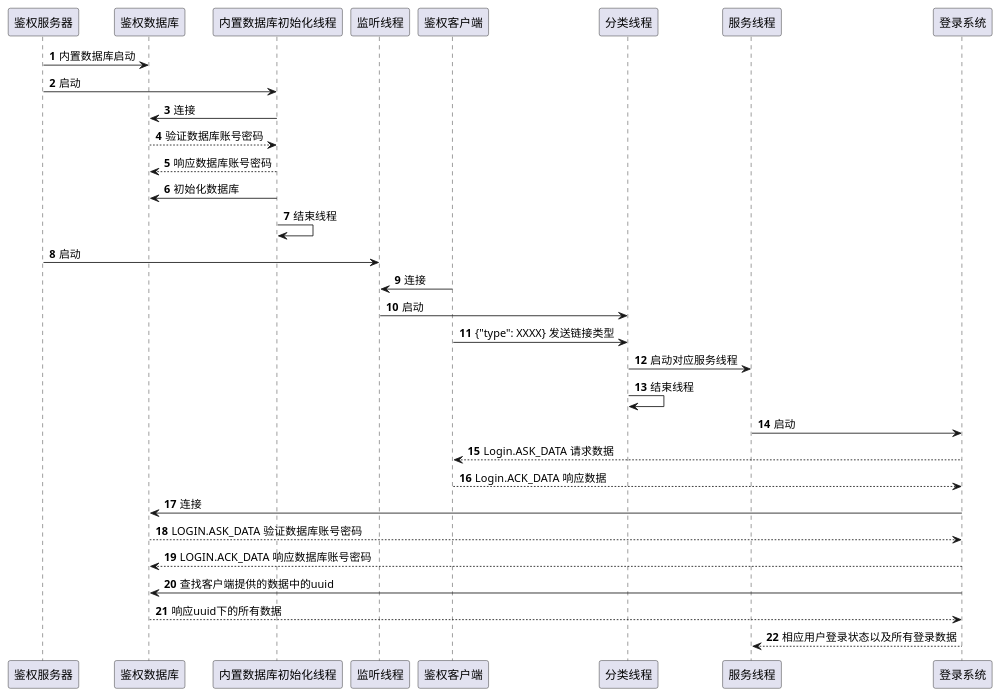
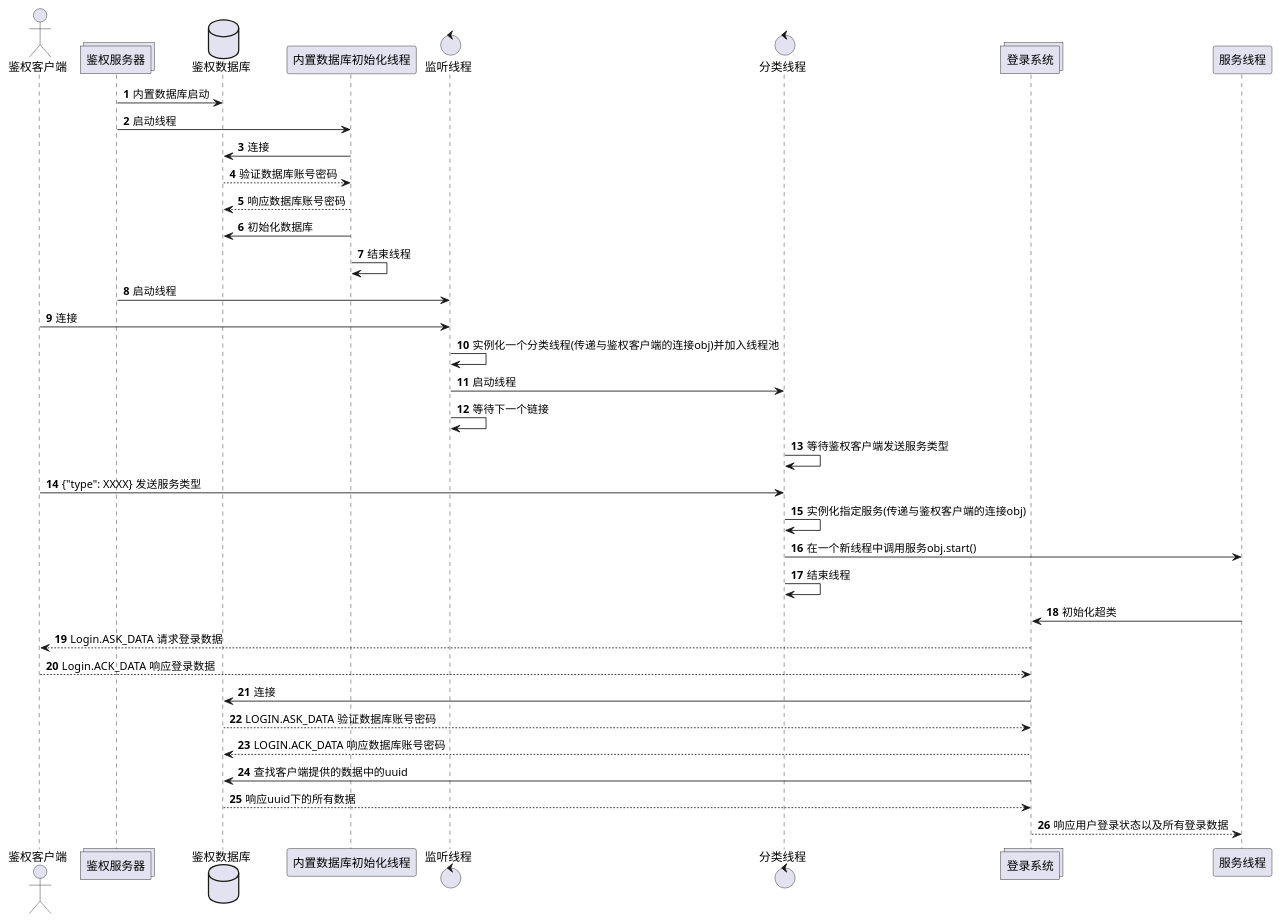
The diagram in 鉴权系统.puml (C418-11/MesssagePlus), drawn with PlantUML before and after one commit.

```diff
--- a/鉴权系统.puml
+++ b/鉴权系统.puml
@@ -1,36 +1,47 @@
 @startuml
 'https://plantuml.com/sequence-diagram
 
 autonumber
 
+actor 鉴权客户端
+
+
 '鉴权服务器初始化
+collections 鉴权服务器
+database 鉴权数据库
 鉴权服务器 -> 鉴权数据库: 内置数据库启动
-鉴权服务器 -> 内置数据库初始化线程: 启动
+鉴权服务器 -> 内置数据库初始化线程: 启动线程
 内置数据库初始化线程 -> 鉴权数据库: 连接
 鉴权数据库 --> 内置数据库初始化线程: 验证数据库账号密码
 内置数据库初始化线程 --> 鉴权数据库: 响应数据库账号密码
 内置数据库初始化线程 -> 鉴权数据库: 初始化数据库
 内置数据库初始化线程 -> 内置数据库初始化线程: 结束线程
-鉴权服务器 -> 监听线程: 启动
+
+
+control 监听线程
+control 分类线程
+collections 登录系统
+鉴权服务器 -> 监听线程: 启动线程
 '鉴权服务器初始化结束
 
-
 鉴权客户端 -> 监听线程: 连接
-监听线程 -> 分类线程: 启动
-鉴权客户端 -> 分类线程: {"type": XXXX} 发送链接类型
-分类线程 -> 服务线程: 启动对应服务线程
+监听线程 -> 监听线程: 实例化一个分类线程(传递与鉴权客户端的连接obj)并加入线程池
+监听线程 -> 分类线程: 启动线程
+监听线程 -> 监听线程: 等待下一个链接
+分类线程 -> 分类线程: 等待鉴权客户端发送服务类型
+鉴权客户端 -> 分类线程: {"type": XXXX} 发送服务类型
+分类线程 -> 分类线程: 实例化指定服务(传递与鉴权客户端的连接obj)
+分类线程 -> 服务线程: 在一个新线程中调用服务obj.start()
 分类线程 -> 分类线程: 结束线程
-服务线程 -> 登录系统: 启动
-登录系统 --> 鉴权客户端: Login.ASK_DATA 请求数据
-鉴权客户端 --> 登录系统: Login.ACK_DATA 响应数据
+服务线程 -> 登录系统: 初始化超类
+登录系统 --> 鉴权客户端: Login.ASK_DATA 请求登录数据
+鉴权客户端 --> 登录系统: Login.ACK_DATA 响应登录数据
 登录系统 -> 鉴权数据库: 连接
 鉴权数据库 --> 登录系统: LOGIN.ASK_DATA 验证数据库账号密码
 登录系统 --> 鉴权数据库: LOGIN.ACK_DATA 响应数据库账号密码
 登录系统 -> 鉴权数据库: 查找客户端提供的数据中的uuid
 鉴权数据库 --> 登录系统: 响应uuid下的所有数据
-登录系统 --> 服务线程: 相应用户登录状态以及所有登录数据
-
-
+登录系统 --> 服务线程: 响应用户登录状态以及所有登录数据
 
 
 @enduml
```
